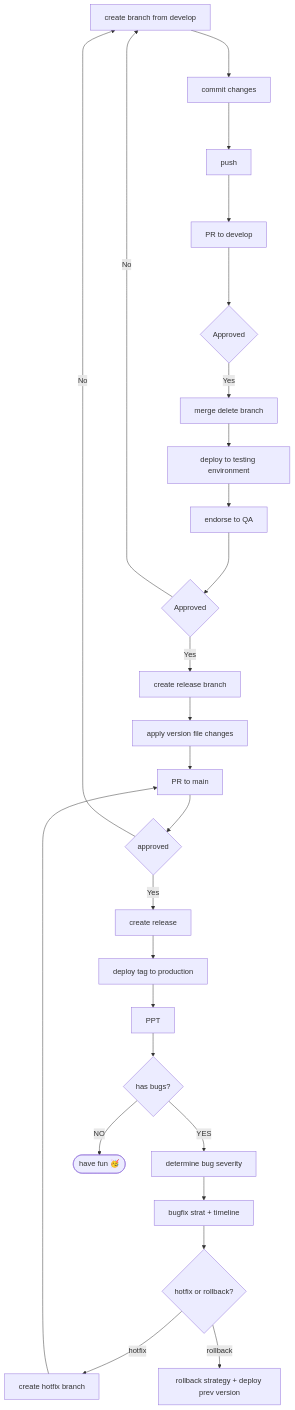
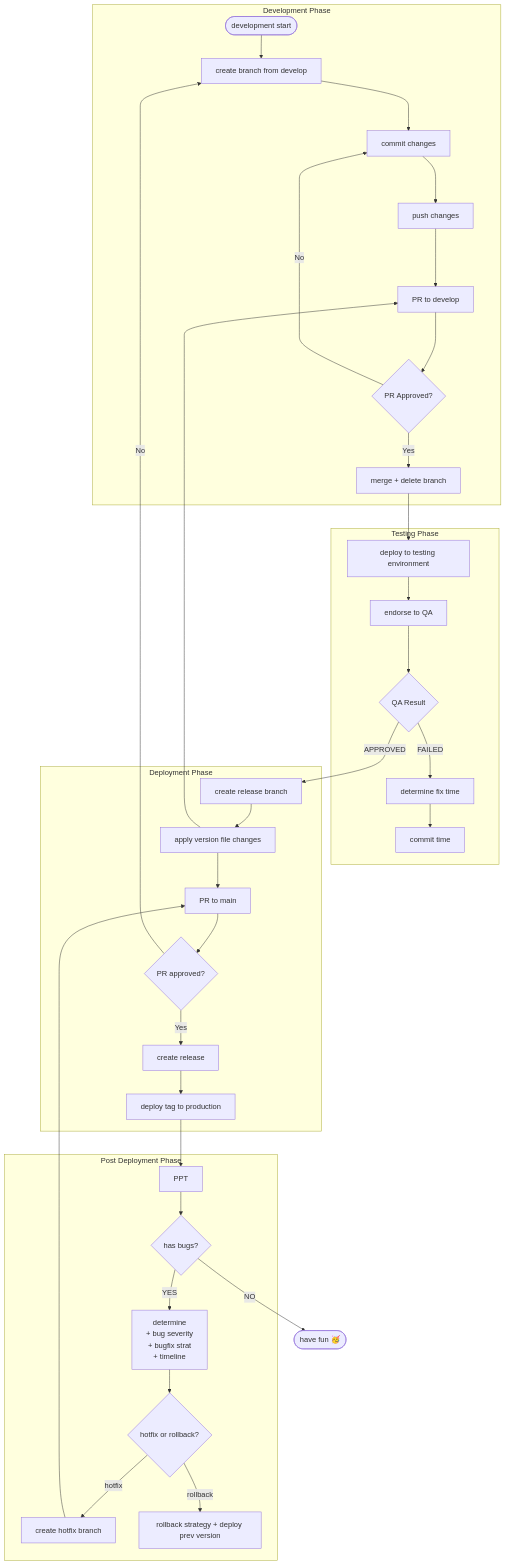
One commit to scrambledeggs/cookbook changed the second of 2 diagrams in general/pull-request.md. Above: the diagram before and after it, drawn with Mermaid. The commit also changed other lines of this file, not shown here.

Commit message:
update flowchart

````diff
--- a/general/pull-request.md
+++ b/general/pull-request.md
@@ -42,30 +42,46 @@
 ```mermaid
 flowchart
-  cbranch[create branch from develop] ---> commit[commit changes]
-  commit ---> push
-  push ---> initialpr[PR to develop]
-  initialpr ---> devapp{Approved}
-  devapp -- Yes --> merge[merge delete branch]
-  merge --> deploytest[deploy to testing environment]
-  deploytest --> testendorse[endorse to QA]
-  testendorse ---> qaapp{Approved}
-  qaapp -- No --> cbranch
-  qaapp -- Yes --> crelease[create release branch]
-  crelease --> vchange[apply version file changes]
-  vchange --> mainpr[PR to main]
-  mainpr --> mainapp{approved}
-  mainapp -- Yes --> rel[create release]
-  mainapp -- No --> cbranch
-  rel --> prod[deploy tag to production]
-  prod --> PPT
-  PPT --> pptbugs{has bugs?}
-  pptbugs -- YES --> sev[determine bug severity]
-  sev --> strat[bugfix strat + timeline]
-  strat --> dec{ hotfix or rollback?  }
+  subgraph Development Phase
+    start([development start]) --> cbranch
+    cbranch[create branch from develop] ---> commit[commit changes]
+    commit ---> push[push changes]
+    push ---> initialpr[PR to develop]
+    initialpr ---> devapp{PR Approved?}
+    devapp -- Yes --> merge[merge + delete branch]
+    devapp -- No --> commit
+  end
+  subgraph Testing Phase
+    merge --> deploytest[deploy to testing environment]
+    deploytest --> testendorse[endorse to QA]
+    testendorse ---> qaapp{QA Result}
+    qaapp -- FAILED --> fixeta[determine fix time]
+    fixeta --> cm[commit time]
+  end
+  subgraph Deployment Phase
+    qaapp -- APPROVED --> crelease[create release branch]
+    crelease --> vchange[apply version file changes]
+    vchange --> initialpr
+    vchange --> mainpr[PR to main]
+    mainpr --> mainapp{PR approved?}
+    mainapp -- Yes --> rel[create release]
+    mainapp -- No --> cbranch
+    rel --> prod[deploy tag to production]
+  end
+  subgraph Post Deployment Phase
+    prod --> PPT
+    PPT --> pptbugs{has bugs?}
+    pptbugs -- YES --> sev[determine 
+      + bug severity
+      +       bugfix strat 
+      + timeline
+    ]
+
+    sev --> dec{ hotfix or rollback?  }
+    dec -- hotfix --> hf[create hotfix branch]
+    hf --> mainpr
+    dec -- rollback --> rb[rollback strategy + deploy prev version]
+  end
   pptbugs -- NO --> complete([have fun 🥳])
-  dec -- hotfix --> hf[create hotfix branch]
-  hf --> mainpr
-  dec -- rollback --> rb[rollback strategy + deploy prev version]
   
 
 ```
````
